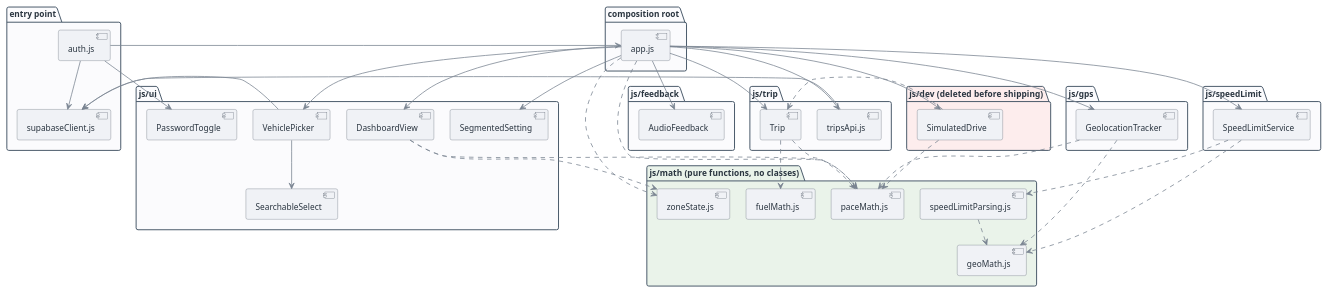
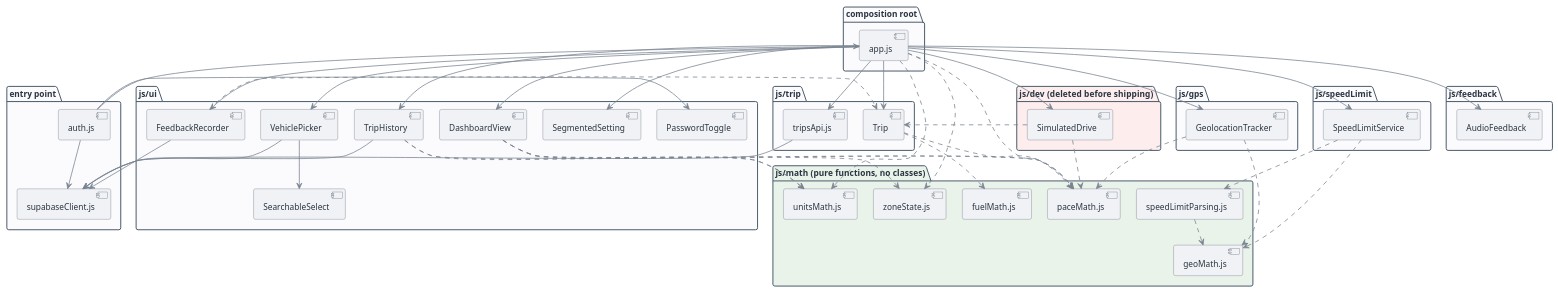
Before and after one commit to ysfrknzydn/paceometer-app: the diagram in docs/diagrams/package-diagram.puml, drawn with PlantUML. The commit also changed 33 other files, not shown here.

```diff
--- a/docs/diagrams/package-diagram.puml
+++ b/docs/diagrams/package-diagram.puml
@@ -1,102 +1,114 @@
 @startuml
 skinparam shadowing false
 skinparam roundCorner 6
 skinparam defaultFontName Helvetica
 skinparam defaultFontSize 13
 skinparam nodesep 25
 skinparam ranksep 40
 
 skinparam package {
   BorderColor #445566
   FontStyle bold
   FontColor #2A3540
   BackgroundColor #FBFBFD
 }
 skinparam component {
   BorderColor #5B6470
   BackgroundColor #F0F2F6
   FontColor #2A3540
 }
 skinparam arrow {
   Color #7A8492
   Thickness 1.2
 }
 
 package "entry point" as entry {
   [auth.js] as auth
   [supabaseClient.js] as supa
 }
 
 package "composition root" as root {
   [app.js] as appjs
 }
 
 package "js/gps" as gpsPkg {
   [GeolocationTracker] as geoTracker
 }
 
 package "js/speedLimit" as slPkg {
   [SpeedLimitService] as sls
 }
 
 package "js/trip" as tripPkg {
   [Trip] as tripClass
   [tripsApi.js] as tripsApi
 }
 
 package "js/ui" as uiPkg {
   [DashboardView] as dashboardView
   [SegmentedSetting] as segmentedSetting
   [VehiclePicker] as vehiclePicker
   [SearchableSelect] as searchableSelect
   [PasswordToggle] as passwordToggle
+  [TripHistory] as tripHistory
+  [FeedbackRecorder] as feedbackRecorder
 }
 
 package "js/feedback" as fbPkg {
   [AudioFeedback] as audioFeedback
 }
 
 package "js/dev  (deleted before shipping)" as devPkg #FDEDED {
   [SimulatedDrive] as simulatedDrive
 }
 
 package "js/math  (pure functions, no classes)" as mathPkg #EAF3EA {
   [paceMath.js] as paceMath
   [zoneState.js] as zoneState
   [geoMath.js] as geoMath
   [speedLimitParsing.js] as slParsing
   [fuelMath.js] as fuelMath
+  [unitsMath.js] as unitsMath
 }
 
 auth --> appjs
 auth --> supa
 auth --> passwordToggle
 tripsApi --> supa
 vehiclePicker --> supa
+tripHistory --> supa
+feedbackRecorder --> supa
 
 appjs --> geoTracker
 appjs --> sls
 appjs --> tripClass
 appjs --> tripsApi
 appjs --> dashboardView
 appjs --> segmentedSetting
 appjs --> vehiclePicker
 vehiclePicker --> searchableSelect
 appjs --> audioFeedback
 appjs --> simulatedDrive
+appjs --> tripHistory
+appjs --> feedbackRecorder
+feedbackRecorder ..> tripClass
 appjs ..> paceMath
 appjs ..> zoneState
 
 geoTracker ..> geoMath
 geoTracker ..> paceMath
 sls ..> geoMath
 sls ..> slParsing
 slParsing ..> geoMath
 tripClass ..> paceMath
 tripClass ..> fuelMath
 dashboardView ..> zoneState
 dashboardView ..> paceMath
 simulatedDrive ..> paceMath
 simulatedDrive ..> tripClass
+tripHistory ..> paceMath
+dashboardView ..> unitsMath
+tripHistory ..> unitsMath
+appjs ..> unitsMath
 
 @enduml
```
